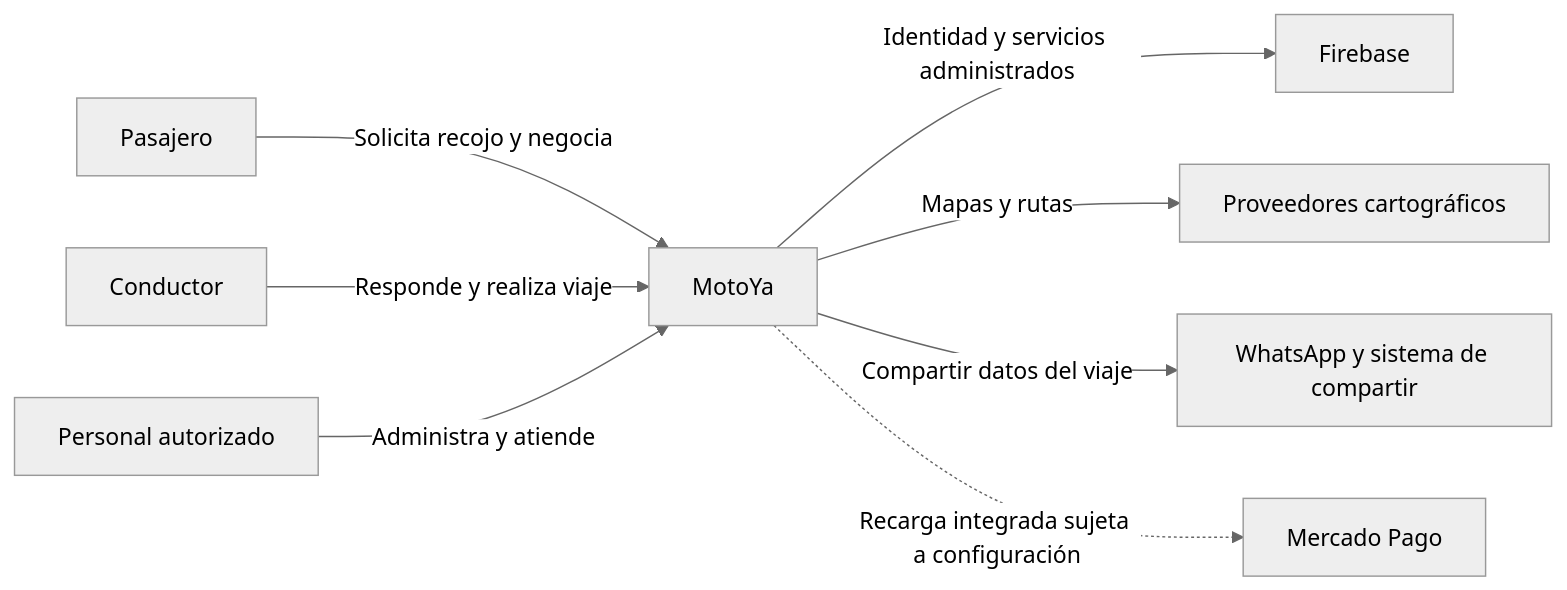
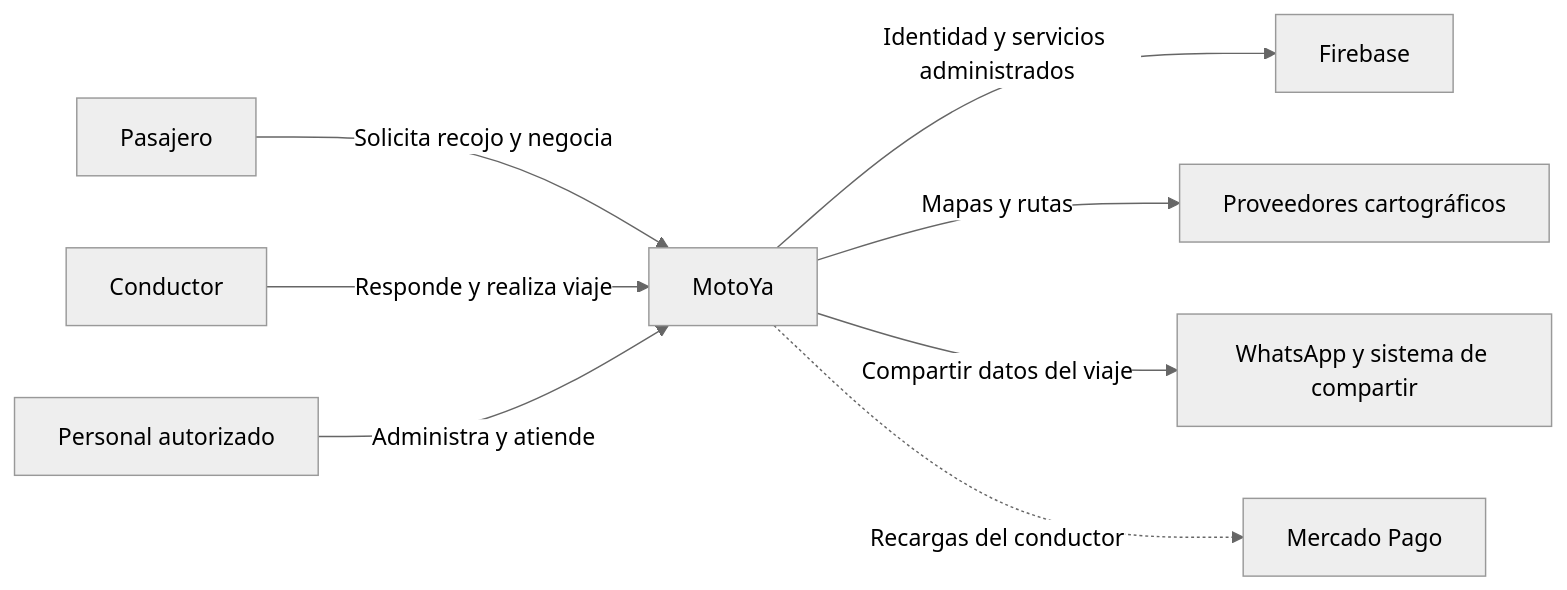
The diagram in img/fuentes/nivel1-contexto.mmd (ademir-tec/Sprint01-MotoYa), drawn with Mermaid (neutral theme) before and after one commit.

Commit message:
docs: definir diseno MotoYa en nivel1-contexto.mmd

```diff
--- a/img/fuentes/nivel1-contexto.mmd
+++ b/img/fuentes/nivel1-contexto.mmd
@@ -1,8 +1,8 @@
 flowchart LR
   P[Pasajero] -->|Solicita recojo y negocia| M[MotoYa]
   C[Conductor] -->|Responde y realiza viaje| M
   E[Personal autorizado] -->|Administra y atiende| M
   M -->|Identidad y servicios administrados| F[Firebase]
   M -->|Mapas y rutas| R[Proveedores cartográficos]
   M -->|Compartir datos del viaje| W[WhatsApp y sistema de compartir]
-  M -.->|Recarga integrada sujeta a configuración| MP[Mercado Pago]
+  M -.->|Recargas del conductor| MP[Mercado Pago]
```
